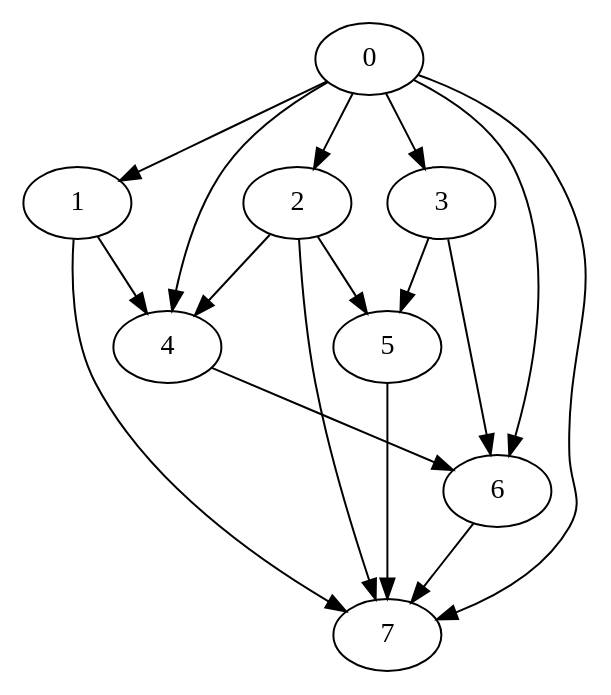
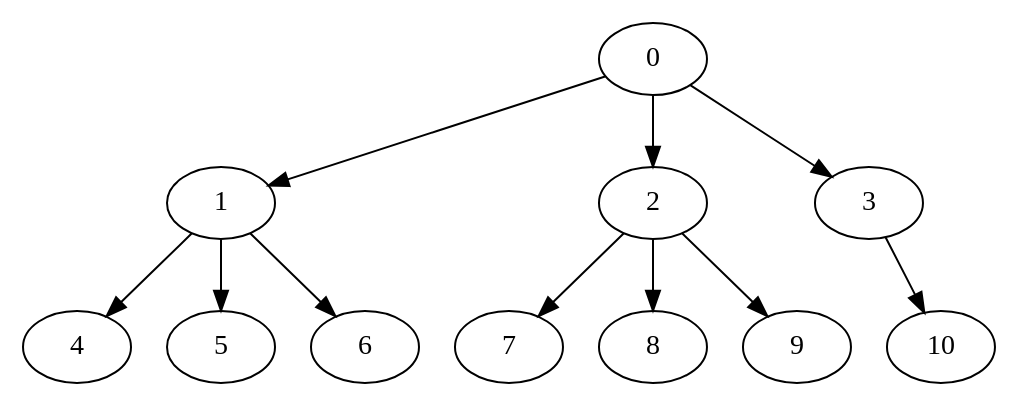
Before and after one commit to Jordanwmk/Paralex: the diagram in src/input11.dot, drawn with Graphviz. The commit also changed 7 other files, not shown here.

```diff
--- a/src/input11.dot
+++ b/src/input11.dot
@@ -1,26 +1,23 @@
-digraph "Random_Nodes_8_Density_2.0_CCR_0.1_WeightType_Random" {
-	0	 [Weight=35];
-	1	 [Weight=88];
-	0 -> 1	 [Weight=3];
-	2	 [Weight=176];
-	0 -> 2	 [Weight=9];
-	3	 [Weight=159];
-	0 -> 3	 [Weight=7];
-	4	 [Weight=176];
-	0 -> 4	 [Weight=5];
-	6	 [Weight=141];
-	0 -> 6	 [Weight=4];
-	7	 [Weight=53];
-	0 -> 7	 [Weight=9];
-	1 -> 4	 [Weight=10];
-	1 -> 7	 [Weight=6];
-	2 -> 4	 [Weight=8];
-	5	 [Weight=141];
-	2 -> 5	 [Weight=6];
-	2 -> 7	 [Weight=3];
-	3 -> 5	 [Weight=5];
-	3 -> 6	 [Weight=8];
-	4 -> 6	 [Weight=2];
-	5 -> 7	 [Weight=4];
-	6 -> 7	 [Weight=8];
+digraph "OutTree-Balanced-MaxBf-3_Nodes_11_CCR_0.1_weightType_Random" {
+	0	 [weight="50"];
+	1	 [weight="70"];
+	0 -> 1	 [weight="9"];
+	2	 [weight="90"];
+	0 -> 2	 [weight="7"];
+	3	 [weight="100"];
+	0 -> 3	 [weight="4"];
+	4	 [weight="40"];
+	1 -> 4	 [weight="10"];
+	5	 [weight="20"];
+	1 -> 5	 [weight="7"];
+	6	 [weight="100"];
+	1 -> 6	 [weight="5"];
+	7	 [weight="80"];
+	2 -> 7	 [weight="5"];
+	8	 [weight="50"];
+	2 -> 8	 [weight="3"];
+	9	 [weight="20"];
+	2 -> 9	 [weight="10"];
+	10	 [weight="20"];
+	3 -> 10	 [weight="4"];
 }
```
